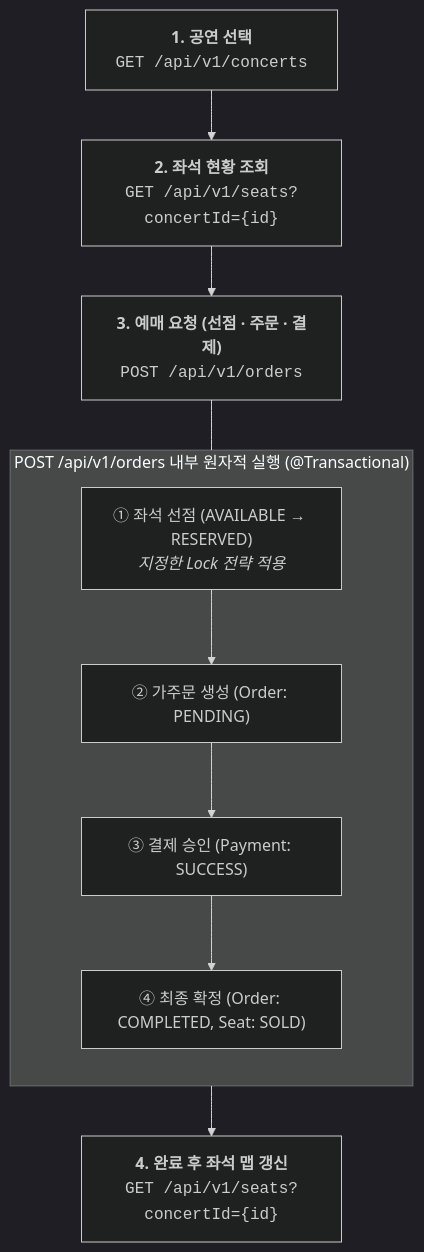
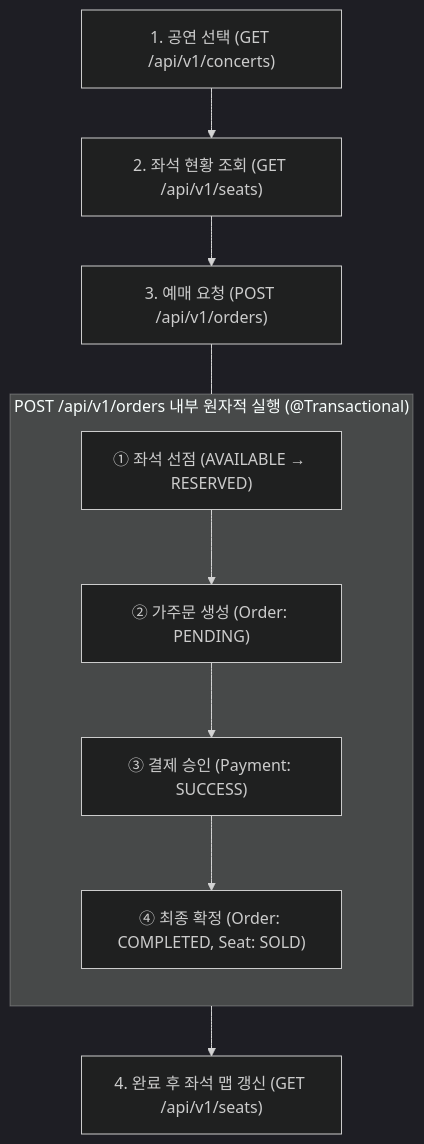
The first of 4 diagrams in process-flow.md (kikimansong/ticket-stream-v1), drawn with Mermaid (dark theme) before and after one commit. The commit also changed other lines of this file and 1 other file, not shown here.

````diff
--- a/process-flow.md
+++ b/process-flow.md
@@ -11,17 +11,17 @@
 ```mermaid
 flowchart TD
-    Step1["<b>1. 공연 선택</b><br/><code>GET /api/v1/concerts</code>"]
-    --> Step2["<b>2. 좌석 현황 조회</b><br/><code>GET /api/v1/seats?concertId={id}</code>"]
-    --> Step3["<b>3. 예매 요청 (선점 · 주문 · 결제)</b><br/><code>POST /api/v1/orders</code>"]
+    Step1["1. 공연 선택 (GET /api/v1/concerts)"]
+    --> Step2["2. 좌석 현황 조회 (GET /api/v1/seats)"]
+    --> Step3["3. 예매 요청 (POST /api/v1/orders)"]
     
     subgraph CoreCycle ["POST /api/v1/orders 내부 원자적 실행 (@Transactional)"]
         direction TB
-        C1["① 좌석 선점 (AVAILABLE → RESERVED)<br/><i>지정한 Lock 전략 적용</i>"]
+        C1["① 좌석 선점 (AVAILABLE → RESERVED)"]
         --> C2["② 가주문 생성 (Order: PENDING)"]
         --> C3["③ 결제 승인 (Payment: SUCCESS)"]
         --> C4["④ 최종 확정 (Order: COMPLETED, Seat: SOLD)"]
     end
 
     Step3 --- CoreCycle
-    CoreCycle --> Step4["<b>4. 완료 후 좌석 맵 갱신</b><br/><code>GET /api/v1/seats?concertId={id}</code>"]
+    CoreCycle --> Step4["4. 완료 후 좌석 맵 갱신 (GET /api/v1/seats)"]
 ```
````
